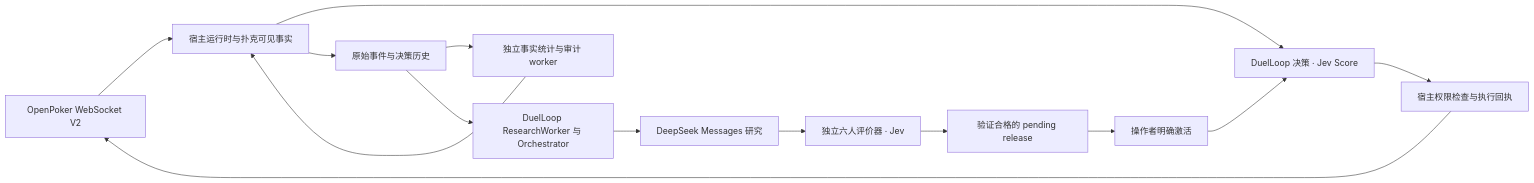
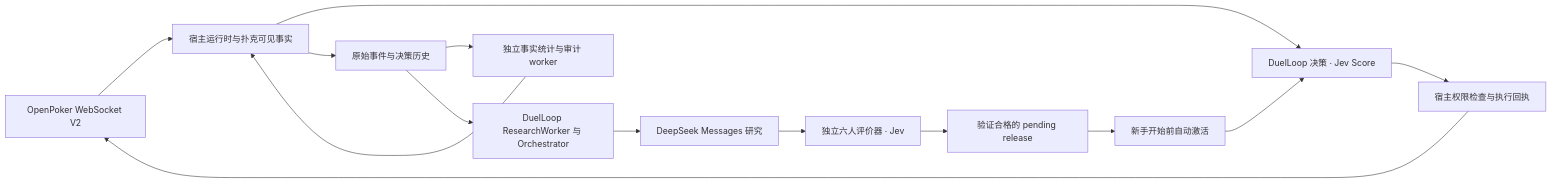
The diagram in README.zh-CN.md (hewenyu/jev-card-agent), drawn with Mermaid before and after one commit. The commit also changed other lines of this file and 31 other files, not shown here.

````diff
--- a/README.zh-CN.md
+++ b/README.zh-CN.md
@@ -29,16 +29,16 @@
 ```mermaid
 flowchart LR
   O[OpenPoker WebSocket V2] --> H[宿主运行时与扑克可见事实]
   H --> D[DuelLoop 决策 · Jev Score]
   D --> X[宿主权限检查与执行回执]
   X --> O
   H --> R[原始事件与决策历史]
   R --> F[独立事实统计与审计 worker]
   F --> H
   R --> S[DuelLoop ResearchWorker 与 Orchestrator]
   S --> L[DeepSeek Messages 研究]
   L --> E[独立六人评价器 · Jev]
   E --> P[验证合格的 pending release]
-  P --> A[操作者明确激活]
+  P --> A[新手开始前自动激活]
   A --> D
 ```
````
